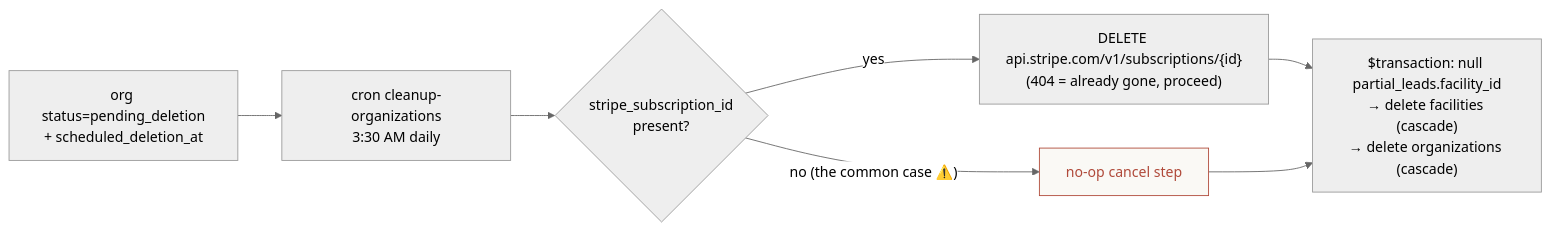
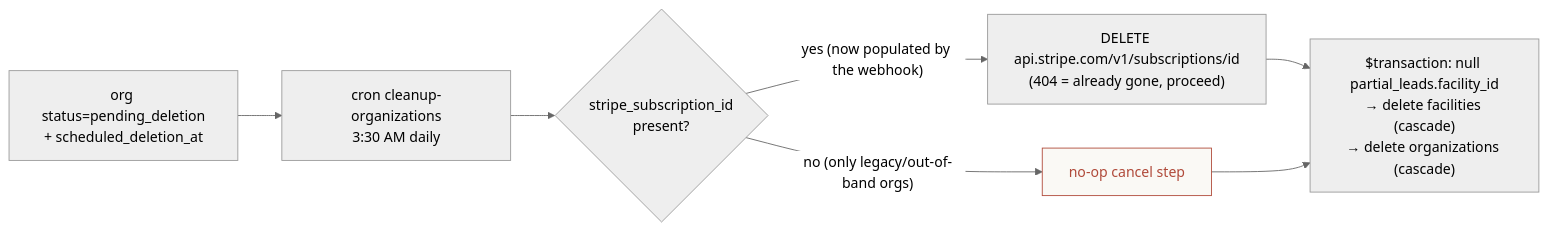
The sixth of 6 diagrams in docs/systems/07-billing-stripe.md (conceptsdeveloped/stowstack-next), drawn with Mermaid (neutral theme) before and after one commit. The commit also changed other lines of this file and 1 other file, not shown here.

Commit message:
docs(systems): mark stripe_subscription_id gap as fixed in billing + gaps maps
Reflects the webhook fix (04b8a31) that now persists stripe_subscription_id.

````diff
--- a/docs/systems/07-billing-stripe.md
+++ b/docs/systems/07-billing-stripe.md
@@ -146,12 +146,12 @@
 ```mermaid
 flowchart LR
     MARK["org status=pending_deletion<br/>+ scheduled_deletion_at"] --> CRON["cron cleanup-organizations<br/>3:30 AM daily"]
     CRON --> HAS{"stripe_subscription_id<br/>present?"}
-    HAS -->|yes| CANCEL["DELETE api.stripe.com/v1/subscriptions/{id}<br/>(404 = already gone, proceed)"]
-    HAS -->|"no (the common case ⚠️)"| SKIP["no-op cancel step"]
+    HAS -->|"yes (now populated by the webhook)"| CANCEL["DELETE api.stripe.com/v1/subscriptions/id<br/>(404 = already gone, proceed)"]
+    HAS -->|"no (only legacy/out-of-band orgs)"| SKIP["no-op cancel step"]
     CANCEL --> PURGE["$transaction: null partial_leads.facility_id<br/>→ delete facilities (cascade)<br/>→ delete organizations (cascade)"]
     SKIP --> PURGE
 
     classDef warn fill:#faf9f5,stroke:#B04A3A,color:#B04A3A
     class SKIP warn
 ```
````
